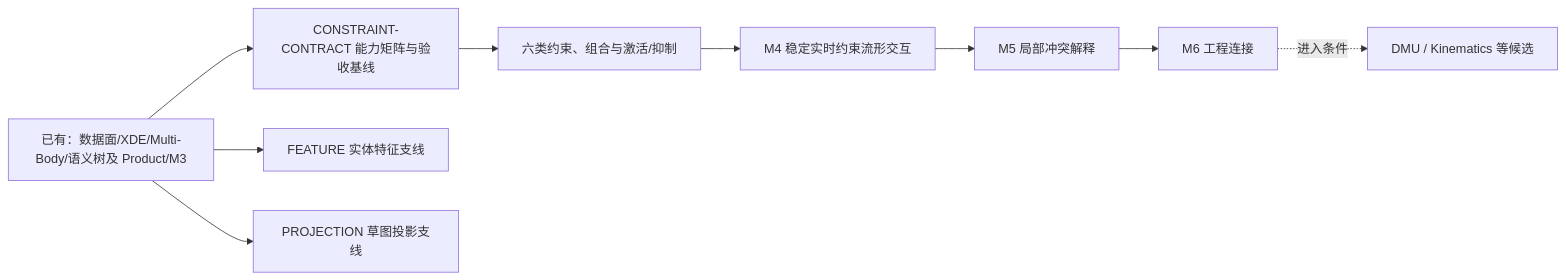
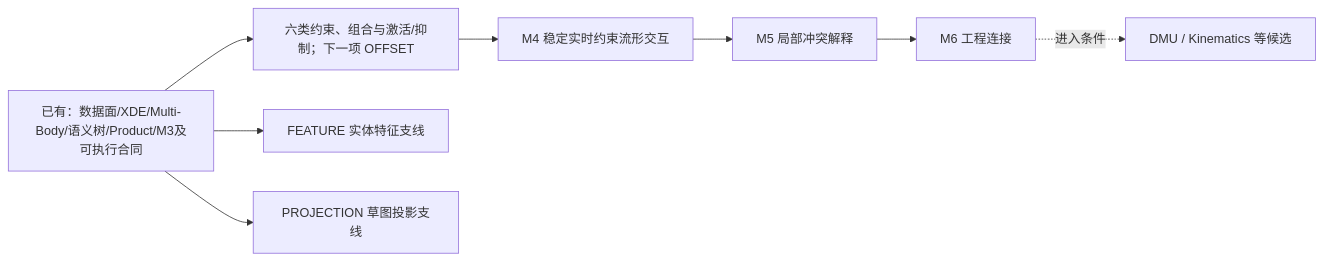
One commit to cossoledad/occccad changed the diagram in plans/README.md. Above: the diagram before and after it, drawn with Mermaid. The commit also changed other lines of this file and 15 other files, not shown here.

Commit message:
CONSTRAINT-CONTRACT: Executable Capability Matrix for Six Categories of Assembly Constraints

````diff
--- a/plans/README.md
+++ b/plans/README.md
@@ -11,11 +11,10 @@
 ```mermaid
 flowchart LR
-    Baseline["已有：数据面/XDE/Multi-Body/语义树及 Product/M3"] --> Contract["CONSTRAINT-CONTRACT 能力矩阵与验收基线"]
-    Contract --> Parity["六类约束、组合与激活/抑制"]
+    Baseline["已有：数据面/XDE/Multi-Body/语义树/Product/M3及可执行合同"] --> Parity["六类约束、组合与激活/抑制；下一项 OFFSET"]
     Parity --> Drag["M4 稳定实时约束流形交互"]
     Drag --> Conflict["M5 局部冲突解释"]
     Conflict --> Connection["M6 工程连接"]
     Baseline --> Feature["FEATURE 实体特征支线"]
     Baseline --> Projection["PROJECTION 草图投影支线"]
     Connection -.进入条件.-> Future["DMU / Kinematics 等候选"]
 ```
````
